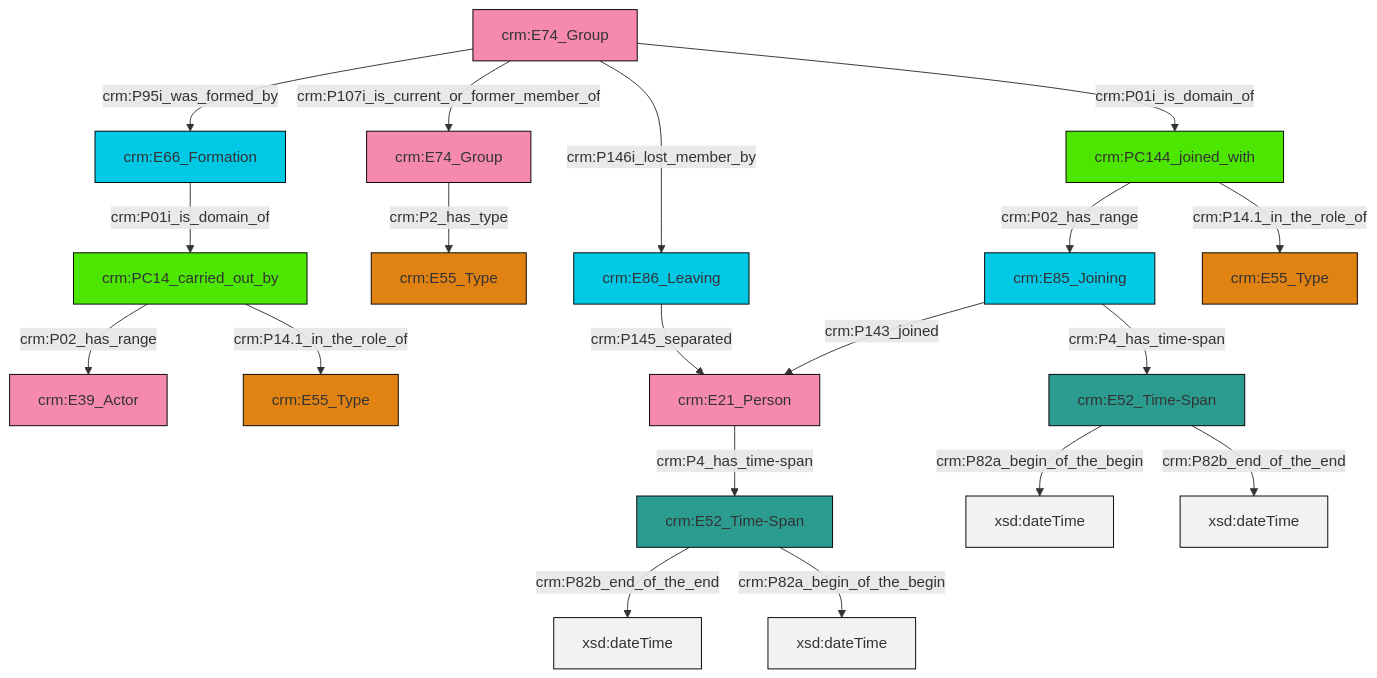
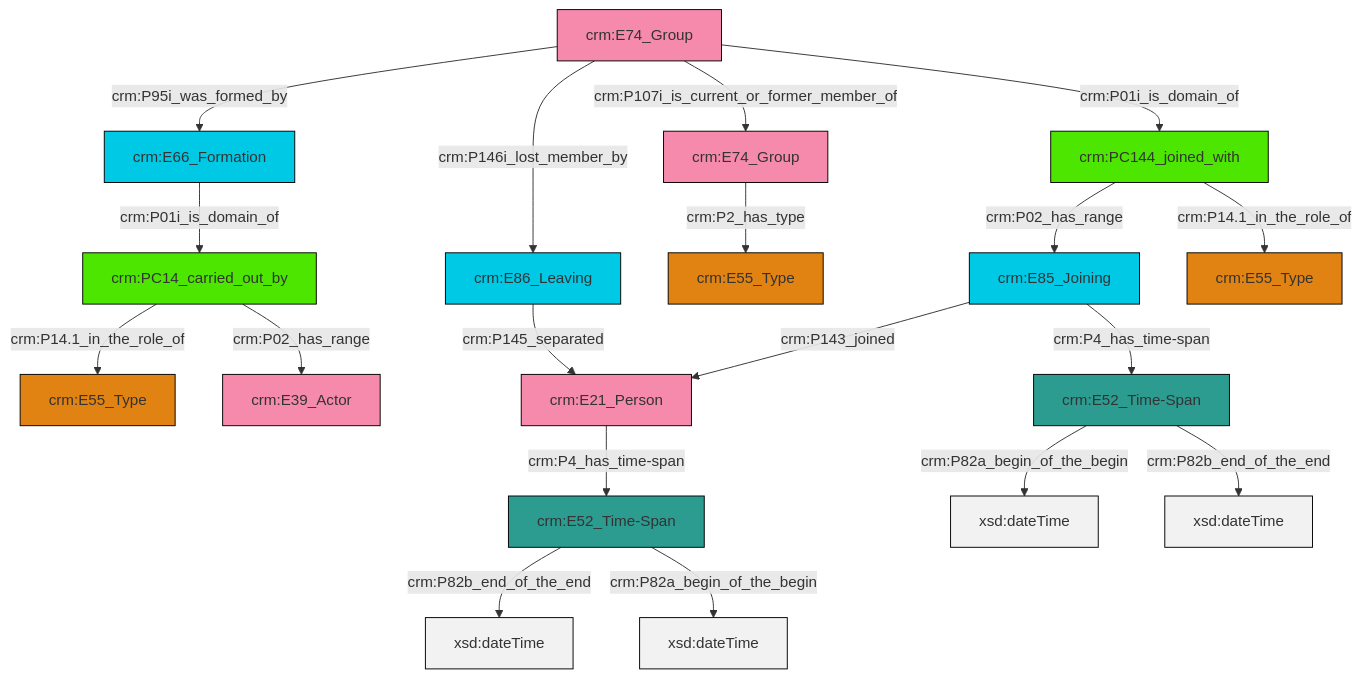
Before and after one commit to swiss-art-research-net/reference-data-models: the diagram in et/groupCSV/ttl/mmd/group_actor_relations.ttl.mmd, drawn with Mermaid. The commit also changed 131 other files, not shown here.

```diff
--- a/et/groupCSV/ttl/mmd/group_actor_relations.ttl.mmd
+++ b/et/groupCSV/ttl/mmd/group_actor_relations.ttl.mmd
@@ -1,33 +1,33 @@
 graph TD
 classDef Literal fill:#f2f2f2,stroke:#000000;
 classDef CRM_Entity fill:#FFFFFF,stroke:#000000;
 classDef Temporal_Entity fill:#00C9E6, stroke:#000000;
 classDef Type fill:#E18312, stroke:#000000;
 classDef Time-Span fill:#2C9C91, stroke:#000000;
 classDef Appellation fill:#FFEB7F, stroke:#000000;
 classDef Place fill:#008836, stroke:#000000;
 classDef Persistent_Item fill:#B266B2, stroke:#000000;
 classDef Conceptual_Object fill:#FFD700, stroke:#000000;
 classDef Physical_Thing fill:#D2B48C, stroke:#000000;
 classDef Actor fill:#f58aad, stroke:#000000;
 classDef PC_Classes fill:#4ce600, stroke:#000000;
 classDef Multi fill:#cccccc,stroke:#000000;
 
-0["crm:PC144_joined_with"]:::PC_Classes -->|crm:P02_has_range| 1["crm:E85_Joining"]:::Temporal_Entity
-1["crm:E85_Joining"]:::Temporal_Entity -->|crm:P143_joined| 4["crm:E21_Person"]:::Actor
-7["crm:E74_Group"]:::Actor -->|crm:P95i_was_formed_by| 8["crm:E66_Formation"]:::Temporal_Entity
-9["crm:PC14_carried_out_by"]:::PC_Classes -->|crm:P02_has_range| 10["crm:E39_Actor"]:::Actor
-12["crm:E74_Group"]:::Actor -->|crm:P2_has_type| 5["crm:E55_Type"]:::Type
-2["crm:E52_Time-Span"]:::Time-Span -->|crm:P82a_begin_of_the_begin| 13[xsd:dateTime]:::Literal
-7["crm:E74_Group"]:::Actor -->|crm:P107i_is_current_or_former_member_of| 12["crm:E74_Group"]:::Actor
-16["crm:E52_Time-Span"]:::Time-Span -->|crm:P82b_end_of_the_end| 17[xsd:dateTime]:::Literal
-7["crm:E74_Group"]:::Actor -->|crm:P146i_lost_member_by| 14["crm:E86_Leaving"]:::Temporal_Entity
-8["crm:E66_Formation"]:::Temporal_Entity -->|crm:P01i_is_domain_of| 9["crm:PC14_carried_out_by"]:::PC_Classes
-0["crm:PC144_joined_with"]:::PC_Classes -->|crm:P14.1_in_the_role_of| 23["crm:E55_Type"]:::Type
-14["crm:E86_Leaving"]:::Temporal_Entity -->|crm:P145_separated| 4["crm:E21_Person"]:::Actor
-7["crm:E74_Group"]:::Actor -->|crm:P01i_is_domain_of| 0["crm:PC144_joined_with"]:::PC_Classes
-2["crm:E52_Time-Span"]:::Time-Span -->|crm:P82b_end_of_the_end| 26[xsd:dateTime]:::Literal
-4["crm:E21_Person"]:::Actor -->|crm:P4_has_time-span| 16["crm:E52_Time-Span"]:::Time-Span
-16["crm:E52_Time-Span"]:::Time-Span -->|crm:P82a_begin_of_the_begin| 33[xsd:dateTime]:::Literal
-9["crm:PC14_carried_out_by"]:::PC_Classes -->|crm:P14.1_in_the_role_of| 20["crm:E55_Type"]:::Type
-1["crm:E85_Joining"]:::Temporal_Entity -->|crm:P4_has_time-span| 2["crm:E52_Time-Span"]:::Time-Span
+2["crm:E86_Leaving"]:::Temporal_Entity -->|crm:P145_separated| 3["crm:E21_Person"]:::Actor
+0["crm:E74_Group"]:::Actor -->|crm:P95i_was_formed_by| 16["crm:E66_Formation"]:::Temporal_Entity
+16["crm:E66_Formation"]:::Temporal_Entity -->|crm:P01i_is_domain_of| 19["crm:PC14_carried_out_by"]:::PC_Classes
+19["crm:PC14_carried_out_by"]:::PC_Classes -->|crm:P14.1_in_the_role_of| 20["crm:E55_Type"]:::Type
+6["crm:E52_Time-Span"]:::Time-Span -->|crm:P82a_begin_of_the_begin| 23[xsd:dateTime]:::Literal
+6["crm:E52_Time-Span"]:::Time-Span -->|crm:P82b_end_of_the_end| 24[xsd:dateTime]:::Literal
+0["crm:E74_Group"]:::Actor -->|crm:P146i_lost_member_by| 2["crm:E86_Leaving"]:::Temporal_Entity
+25["crm:E52_Time-Span"]:::Time-Span -->|crm:P82b_end_of_the_end| 26[xsd:dateTime]:::Literal
+8["crm:PC144_joined_with"]:::PC_Classes -->|crm:P02_has_range| 10["crm:E85_Joining"]:::Temporal_Entity
+10["crm:E85_Joining"]:::Temporal_Entity -->|crm:P143_joined| 3["crm:E21_Person"]:::Actor
+19["crm:PC14_carried_out_by"]:::PC_Classes -->|crm:P02_has_range| 29["crm:E39_Actor"]:::Actor
+0["crm:E74_Group"]:::Actor -->|crm:P107i_is_current_or_former_member_of| 12["crm:E74_Group"]:::Actor
+25["crm:E52_Time-Span"]:::Time-Span -->|crm:P82a_begin_of_the_begin| 30[xsd:dateTime]:::Literal
+12["crm:E74_Group"]:::Actor -->|crm:P2_has_type| 14["crm:E55_Type"]:::Type
+10["crm:E85_Joining"]:::Temporal_Entity -->|crm:P4_has_time-span| 6["crm:E52_Time-Span"]:::Time-Span
+0["crm:E74_Group"]:::Actor -->|crm:P01i_is_domain_of| 8["crm:PC144_joined_with"]:::PC_Classes
+3["crm:E21_Person"]:::Actor -->|crm:P4_has_time-span| 25["crm:E52_Time-Span"]:::Time-Span
+8["crm:PC144_joined_with"]:::PC_Classes -->|crm:P14.1_in_the_role_of| 4["crm:E55_Type"]:::Type
```
